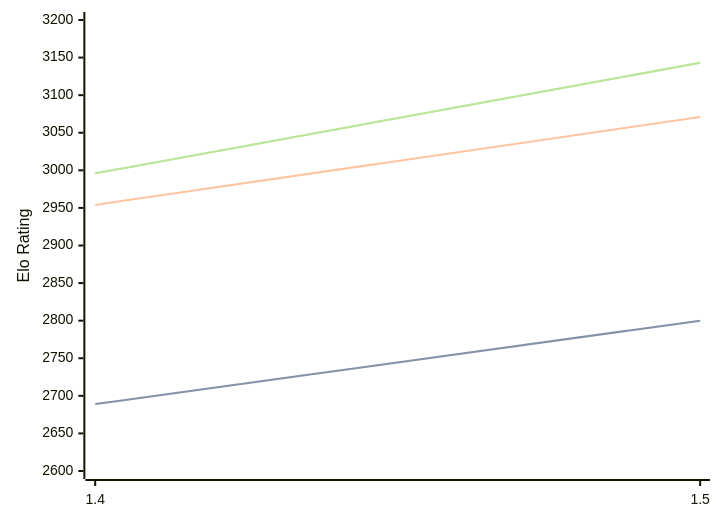
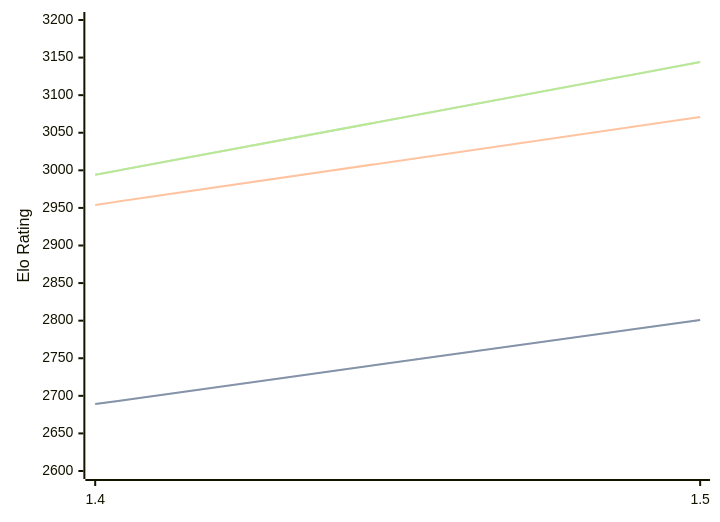
Before and after one commit to computer-chess-index/cci: the diagram in engines/Yakka.md, drawn with Mermaid. The commit also changed other lines of this file, not shown here.

Commit message:
Update CCI Ratings (ELO VLTC) - 2026-04-16

````diff
--- a/engines/Yakka.md
+++ b/engines/Yakka.md
@@ -36,11 +36,11 @@
 ```mermaid
 %%{init: {"theme":"base","themeVariables":{"seriesColors:['#a3a3a3','#222221','#faa371']}}}%%
 xychart-beta
   x-axis ["1.4", "1.5"]
   y-axis "Elo Rating" 2600 --> 3200
-  line "STC (8.0+0.08s)" [2689, 2800]
-  line "STC (8.0+0.08s)" [2689, 2800]
+  line "STC (8.0+0.08s)" [2689, 2801]
+  line "STC (8.0+0.08s)" [2689, 2801]
   line "LTC (60.0+0.60s)" [2954, 3071]
-  line "VLTC (2m24s+1.12s)" [2996, 3143]
-  line "VLTC (2m24s+1.12s)" [2996, 3143]
+  line "VLTC (2m24s+1.12s)" [2994, 3144]
+  line "VLTC (2m24s+1.12s)" [2994, 3144]
 ```
````
